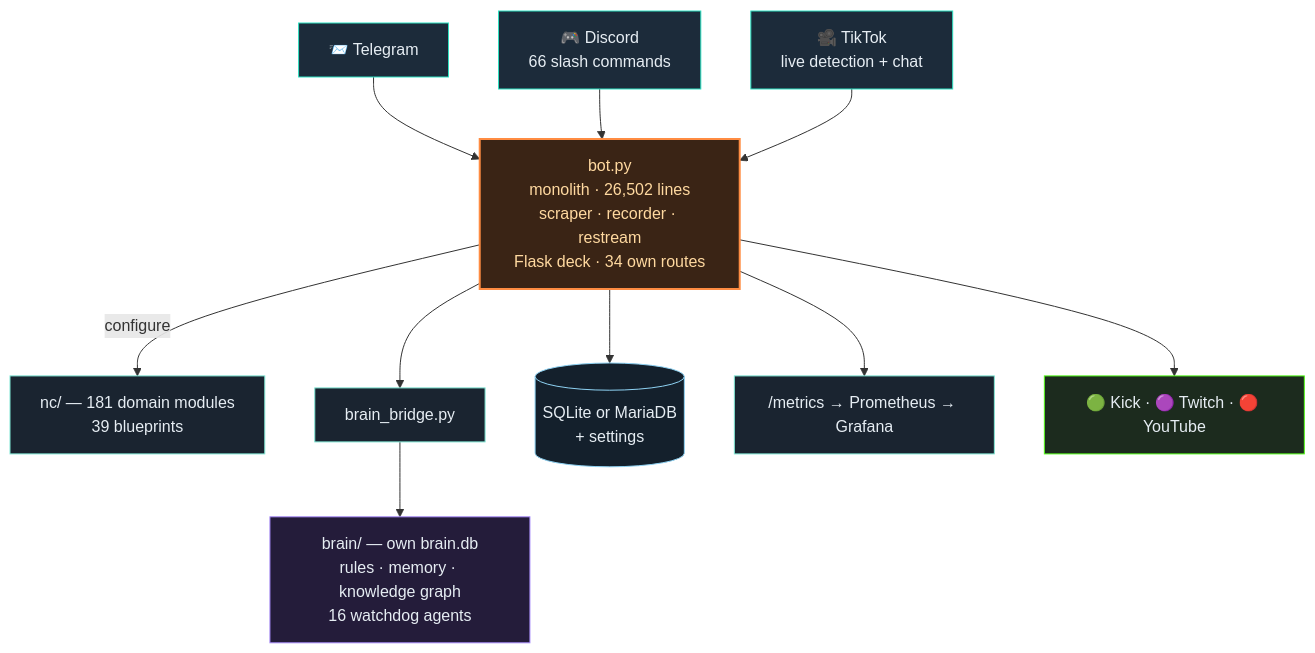
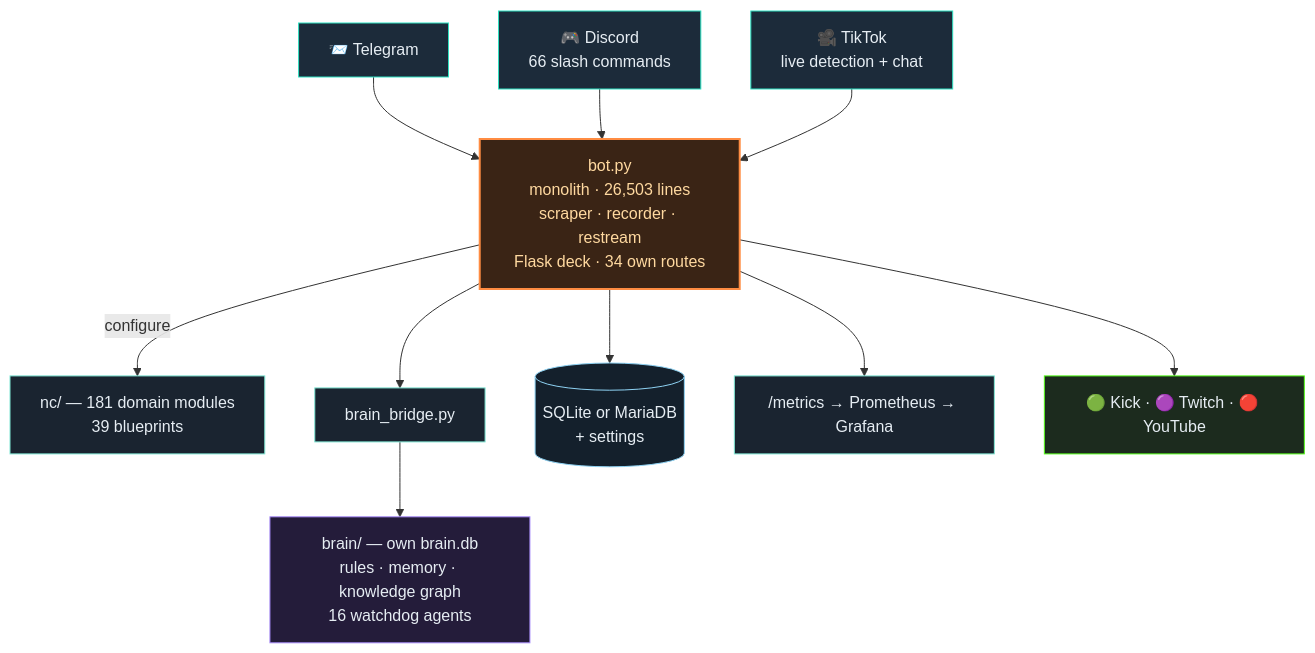
The second of 3 diagrams in README.en.md (itsamemedev/Telegram-Stream-Info-Bot), drawn with Mermaid before and after one commit. The commit also changed other lines of this file and 8 other files, not shown here.

````diff
--- a/README.en.md
+++ b/README.en.md
@@ -119,19 +119,19 @@
 ```mermaid
 flowchart TB
     TG["📨 Telegram"]:::ein --> BOT
     DC["🎮 Discord<br/>66 slash commands"]:::ein --> BOT
     TT["🎥 TikTok<br/>live detection + chat"]:::ein --> BOT
-    BOT["bot.py<br/>monolith · 26,502 lines<br/>scraper · recorder · restream<br/>Flask deck · 34 own routes"]:::core
+    BOT["bot.py<br/>monolith · 26,503 lines<br/>scraper · recorder · restream<br/>Flask deck · 34 own routes"]:::core
     BOT -->|configure| NC["nc/ — 181 domain modules<br/>39 blueprints"]:::lib
     BOT --> BR["brain_bridge.py"]:::lib
     BR --> BRAIN["brain/ — own brain.db<br/>rules · memory · knowledge graph<br/>16 watchdog agents"]:::brain
     BOT --> DB[("SQLite or MariaDB<br/>+ settings")]:::db
     BOT --> PROM["/metrics → Prometheus → Grafana"]:::lib
     BOT --> OUT["🟢 Kick · 🟣 Twitch · 🔴 YouTube"]:::out
     classDef ein fill:#1c2b3a,stroke:#2de1c2,color:#e6edf3
     classDef core fill:#3a2415,stroke:#ff8c42,stroke-width:2px,color:#ffd9a0
     classDef lib fill:#1a2430,stroke:#7fe7d4,color:#e6edf3
     classDef brain fill:#241c3a,stroke:#a78bfa,color:#e6edf3
     classDef db fill:#14202c,stroke:#8fd3f4,color:#e6edf3
     classDef out fill:#1c2b1e,stroke:#53fc18,color:#e6edf3
 ```
````
